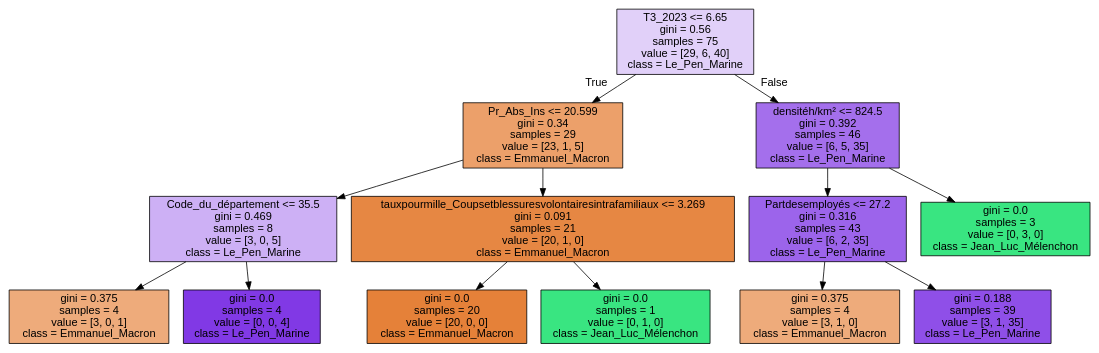
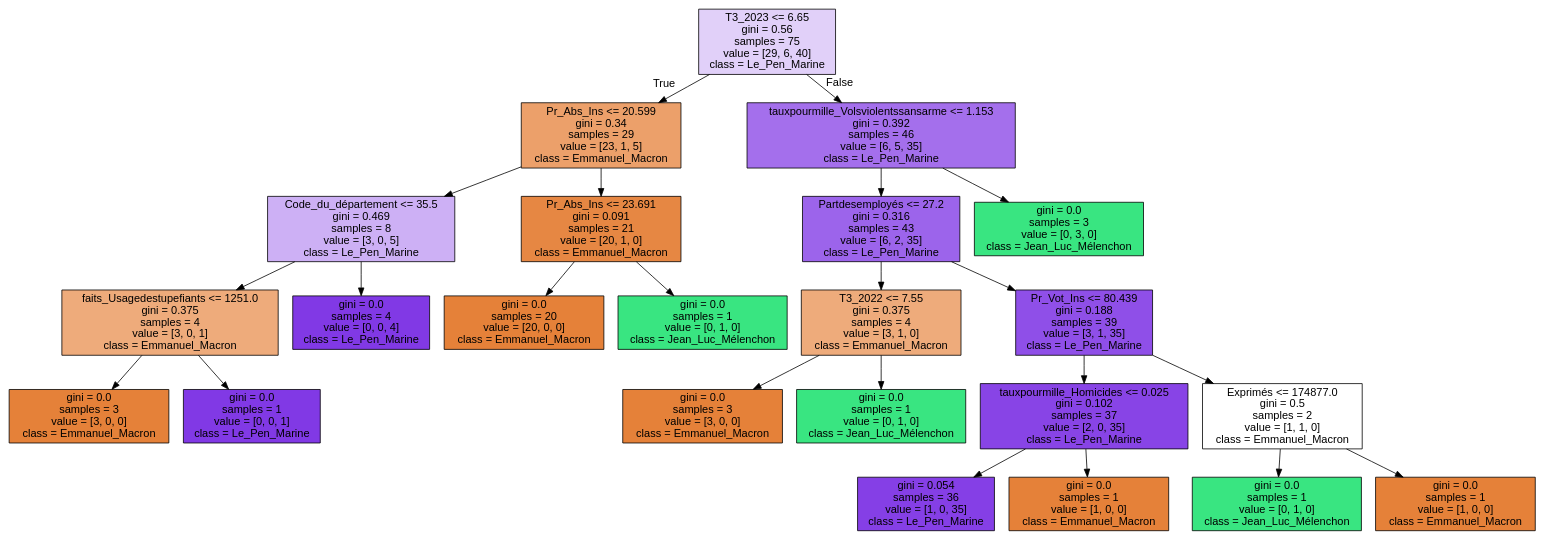
The diagram in python_files/tree.dot (iliasNour/mspr_data), drawn with Graphviz before and after one commit. The commit also changed 4 other files, not shown here.

```diff
--- a/python_files/tree.dot
+++ b/python_files/tree.dot
@@ -1,29 +1,49 @@
 digraph Tree {
 node [shape=box, style="filled", color="black", fontname="helvetica"] ;
 edge [fontname="helvetica"] ;
 0 [label="T3_2023 <= 6.65\ngini = 0.56\nsamples = 75\nvalue = [29, 6, 40]\nclass = Le_Pen_Marine", fillcolor="#e1d0f9"] ;
 1 [label="Pr_Abs_Ins <= 20.599\ngini = 0.34\nsamples = 29\nvalue = [23, 1, 5]\nclass = Emmanuel_Macron", fillcolor="#eca06a"] ;
 0 -> 1 [labeldistance=2.5, labelangle=45, headlabel="True"] ;
 2 [label="Code_du_département <= 35.5\ngini = 0.469\nsamples = 8\nvalue = [3, 0, 5]\nclass = Le_Pen_Marine", fillcolor="#cdb0f5"] ;
 1 -> 2 ;
-3 [label="gini = 0.375\nsamples = 4\nvalue = [3, 0, 1]\nclass = Emmanuel_Macron", fillcolor="#eeab7b"] ;
+3 [label="faits_Usagedestupefiants <= 1251.0\ngini = 0.375\nsamples = 4\nvalue = [3, 0, 1]\nclass = Emmanuel_Macron", fillcolor="#eeab7b"] ;
 2 -> 3 ;
-4 [label="gini = 0.0\nsamples = 4\nvalue = [0, 0, 4]\nclass = Le_Pen_Marine", fillcolor="#8139e5"] ;
-2 -> 4 ;
-5 [label="tauxpourmille_Coupsetblessuresvolontairesintrafamiliaux <= 3.269\ngini = 0.091\nsamples = 21\nvalue = [20, 1, 0]\nclass = Emmanuel_Macron", fillcolor="#e68743"] ;
-1 -> 5 ;
-6 [label="gini = 0.0\nsamples = 20\nvalue = [20, 0, 0]\nclass = Emmanuel_Macron", fillcolor="#e58139"] ;
-5 -> 6 ;
-7 [label="gini = 0.0\nsamples = 1\nvalue = [0, 1, 0]\nclass = Jean_Luc_Mélenchon", fillcolor="#39e581"] ;
-5 -> 7 ;
-8 [label="densitéh/km² <= 824.5\ngini = 0.392\nsamples = 46\nvalue = [6, 5, 35]\nclass = Le_Pen_Marine", fillcolor="#a46fec"] ;
-0 -> 8 [labeldistance=2.5, labelangle=-45, headlabel="False"] ;
-9 [label="Partdesemployés <= 27.2\ngini = 0.316\nsamples = 43\nvalue = [6, 2, 35]\nclass = Le_Pen_Marine", fillcolor="#9c64eb"] ;
-8 -> 9 ;
-10 [label="gini = 0.375\nsamples = 4\nvalue = [3, 1, 0]\nclass = Emmanuel_Macron", fillcolor="#eeab7b"] ;
-9 -> 10 ;
-11 [label="gini = 0.188\nsamples = 39\nvalue = [3, 1, 35]\nclass = Le_Pen_Marine", fillcolor="#8f4fe8"] ;
-9 -> 11 ;
-12 [label="gini = 0.0\nsamples = 3\nvalue = [0, 3, 0]\nclass = Jean_Luc_Mélenchon", fillcolor="#39e581"] ;
-8 -> 12 ;
+4 [label="gini = 0.0\nsamples = 3\nvalue = [3, 0, 0]\nclass = Emmanuel_Macron", fillcolor="#e58139"] ;
+3 -> 4 ;
+5 [label="gini = 0.0\nsamples = 1\nvalue = [0, 0, 1]\nclass = Le_Pen_Marine", fillcolor="#8139e5"] ;
+3 -> 5 ;
+6 [label="gini = 0.0\nsamples = 4\nvalue = [0, 0, 4]\nclass = Le_Pen_Marine", fillcolor="#8139e5"] ;
+2 -> 6 ;
+7 [label="Pr_Abs_Ins <= 23.691\ngini = 0.091\nsamples = 21\nvalue = [20, 1, 0]\nclass = Emmanuel_Macron", fillcolor="#e68743"] ;
+1 -> 7 ;
+8 [label="gini = 0.0\nsamples = 20\nvalue = [20, 0, 0]\nclass = Emmanuel_Macron", fillcolor="#e58139"] ;
+7 -> 8 ;
+9 [label="gini = 0.0\nsamples = 1\nvalue = [0, 1, 0]\nclass = Jean_Luc_Mélenchon", fillcolor="#39e581"] ;
+7 -> 9 ;
+10 [label="tauxpourmille_Volsviolentssansarme <= 1.153\ngini = 0.392\nsamples = 46\nvalue = [6, 5, 35]\nclass = Le_Pen_Marine", fillcolor="#a46fec"] ;
+0 -> 10 [labeldistance=2.5, labelangle=-45, headlabel="False"] ;
+11 [label="Partdesemployés <= 27.2\ngini = 0.316\nsamples = 43\nvalue = [6, 2, 35]\nclass = Le_Pen_Marine", fillcolor="#9c64eb"] ;
+10 -> 11 ;
+12 [label="T3_2022 <= 7.55\ngini = 0.375\nsamples = 4\nvalue = [3, 1, 0]\nclass = Emmanuel_Macron", fillcolor="#eeab7b"] ;
+11 -> 12 ;
+13 [label="gini = 0.0\nsamples = 3\nvalue = [3, 0, 0]\nclass = Emmanuel_Macron", fillcolor="#e58139"] ;
+12 -> 13 ;
+14 [label="gini = 0.0\nsamples = 1\nvalue = [0, 1, 0]\nclass = Jean_Luc_Mélenchon", fillcolor="#39e581"] ;
+12 -> 14 ;
+15 [label="Pr_Vot_Ins <= 80.439\ngini = 0.188\nsamples = 39\nvalue = [3, 1, 35]\nclass = Le_Pen_Marine", fillcolor="#8f4fe8"] ;
+11 -> 15 ;
+16 [label="tauxpourmille_Homicides <= 0.025\ngini = 0.102\nsamples = 37\nvalue = [2, 0, 35]\nclass = Le_Pen_Marine", fillcolor="#8844e6"] ;
+15 -> 16 ;
+17 [label="gini = 0.054\nsamples = 36\nvalue = [1, 0, 35]\nclass = Le_Pen_Marine", fillcolor="#853fe6"] ;
+16 -> 17 ;
+18 [label="gini = 0.0\nsamples = 1\nvalue = [1, 0, 0]\nclass = Emmanuel_Macron", fillcolor="#e58139"] ;
+16 -> 18 ;
+19 [label="Exprimés <= 174877.0\ngini = 0.5\nsamples = 2\nvalue = [1, 1, 0]\nclass = Emmanuel_Macron", fillcolor="#ffffff"] ;
+15 -> 19 ;
+20 [label="gini = 0.0\nsamples = 1\nvalue = [0, 1, 0]\nclass = Jean_Luc_Mélenchon", fillcolor="#39e581"] ;
+19 -> 20 ;
+21 [label="gini = 0.0\nsamples = 1\nvalue = [1, 0, 0]\nclass = Emmanuel_Macron", fillcolor="#e58139"] ;
+19 -> 21 ;
+22 [label="gini = 0.0\nsamples = 3\nvalue = [0, 3, 0]\nclass = Jean_Luc_Mélenchon", fillcolor="#39e581"] ;
+10 -> 22 ;
 }
```
